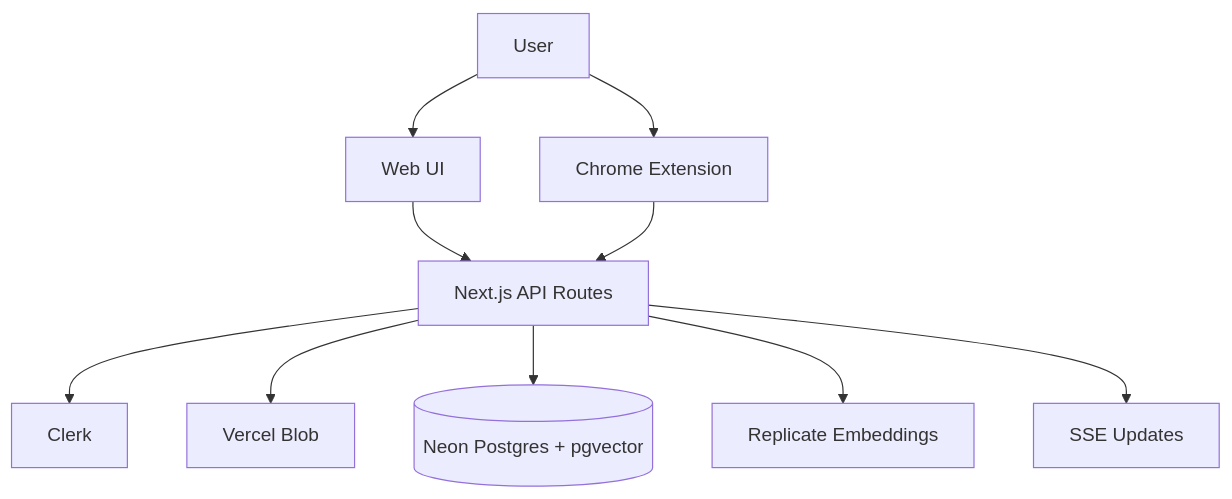
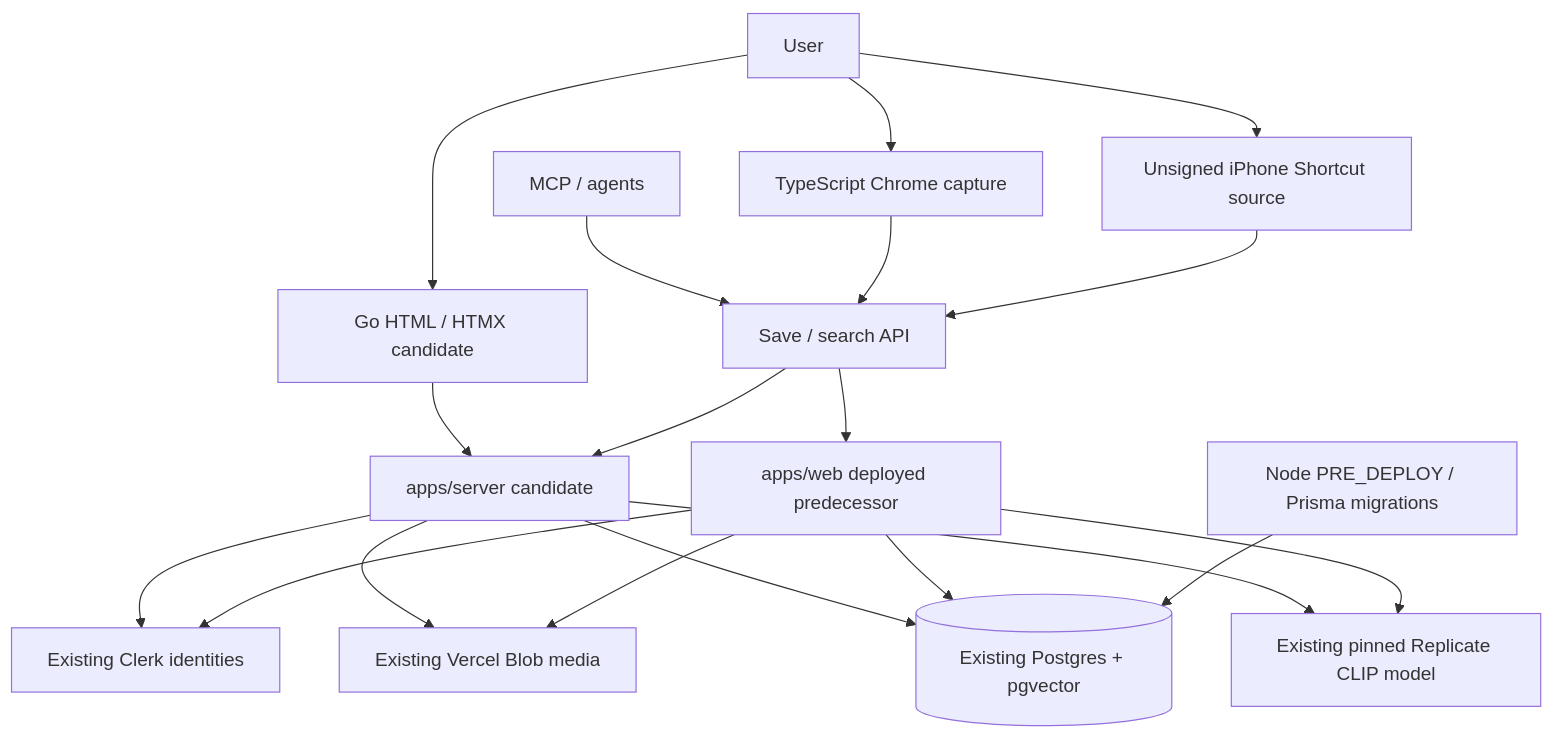
The diagram in ARCHITECTURE.md (misty-step/sploot), drawn with Mermaid before and after one commit. The commit also changed other lines of this file and 101 other files, not shown here.

Commit message:
feat(server): implement personal Go media library

````diff
--- a/ARCHITECTURE.md
+++ b/ARCHITECTURE.md
@@ -18,15 +28,21 @@
 ```mermaid
 graph TB
-  U[User] --> WUI[Web UI]
-  U --> EXT[Chrome Extension]
-
-  WUI --> API[Next.js API Routes]
+  U[User] --> HTML[Go HTML / HTMX candidate]
+  U --> EXT[TypeScript Chrome capture]
+  U --> IOS[Unsigned iPhone Shortcut source]
+  AGENT[MCP / agents] --> API[Save / search API]
   EXT --> API
-
-  API --> AUTH[Clerk]
-  API --> BLOB[Vercel Blob]
-  API --> DB[(Neon Postgres + pgvector)]
-  API --> EMB[Replicate Embeddings]
-
-  API --> SSE[SSE Updates]
+  IOS --> API
+  HTML --> GO[apps/server candidate]
+  API --> GO
+  API --> NEXT[apps/web deployed predecessor]
+  GO --> AUTH[Existing Clerk identities]
+  NEXT --> AUTH
+  GO --> BLOB[Existing Vercel Blob media]
+  NEXT --> BLOB
+  GO --> DB[(Existing Postgres + pgvector)]
+  NEXT --> DB
+  GO --> EMB[Existing pinned Replicate CLIP model]
+  NEXT --> EMB
+  MIGRATE[Node PRE_DEPLOY / Prisma migrations] --> DB
 ```
````
